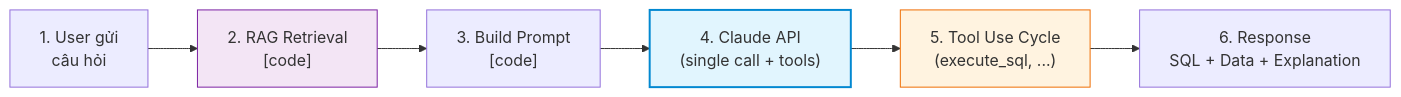
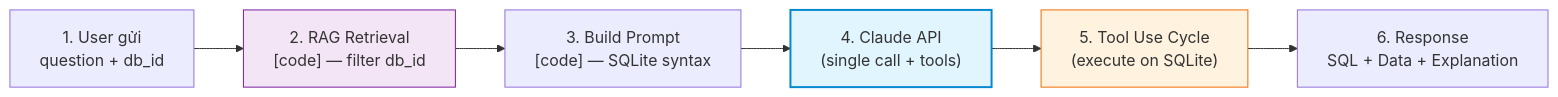
Before and after one commit to Learnheart/Text2SQL: the second of 6 diagrams in docs/03_Technical_Assessment/pattern_2_rag_single_agent/03_architecture_flow.md, drawn with Mermaid. The commit also changed other lines of this file and 3 other files, not shown here.

First line of the commit message:
rewrite architecture docs — BIRD multi-database + SQLite evaluation

````diff
--- a/docs/03_Technical_Assessment/pattern_2_rag_single_agent/03_architecture_flow.md
+++ b/docs/03_Technical_Assessment/pattern_2_rag_single_agent/03_architecture_flow.md
@@ -80,15 +82,15 @@
 ```mermaid
 graph LR
-    S1["1. User gửi<br/>câu hỏi"]
-    S2["2. RAG Retrieval<br/>[code]"]
-    S3["3. Build Prompt<br/>[code]"]
+    S1["1. User gửi<br/>question + db_id"]
+    S2["2. RAG Retrieval<br/>[code] — filter db_id"]
+    S3["3. Build Prompt<br/>[code] — SQLite syntax"]
     S4["4. Claude API<br/>(single call + tools)"]
-    S5["5. Tool Use Cycle<br/>(execute_sql, ...)"]
+    S5["5. Tool Use Cycle<br/>(execute on SQLite)"]
     S6["6. Response<br/>SQL + Data + Explanation"]
 
     S1 --> S2 --> S3 --> S4 --> S5 --> S6
 
     style S2 fill:#f3e5f5,stroke:#7b1fa2
     style S4 fill:#e1f5fe,stroke:#0288d1,stroke-width:2px
     style S5 fill:#fff3e0,stroke:#ef6c00
 ```
````
